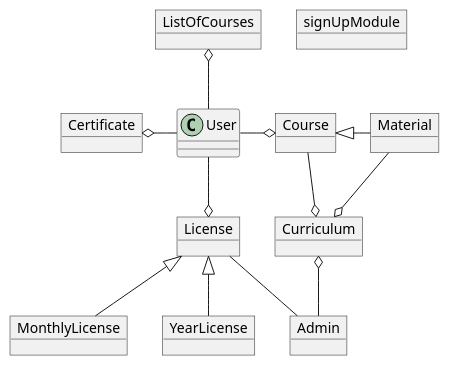
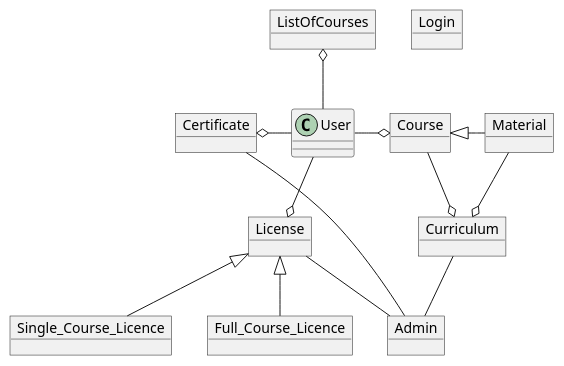
The diagram in src/DomæneModellering.puml (Rene061089/PlatumlDomeaneModdelering), drawn with PlantUML before and after one commit.

Commit message:
Domænemodel-2.0

```diff
--- a/src/DomæneModellering.puml
+++ b/src/DomæneModellering.puml
@@ -1,33 +1,34 @@
 @startuml
 class User{
 }
 
-object signUpModule
+object Login
 object Admin
-object MonthlyLicense
-object YearLicense
+object Single_Course_Licence
+object Full_Course_Licence
 object Course
 object Certificate
 object Material
 object License
 object Curriculum
 object ListOfCourses
 
 
 ListOfCourses o-down-User
 User -down-o License
 User -left-o Certificate
 Course o-left- User
 
 
-License <|-down- MonthlyLicense
-License <|-down-  YearLicense
+License <|-down- Single_Course_Licence
+License <|-down-  Full_Course_Licence
 
 Course <|-right- Material
 
 License -right- Admin
-Curriculum o-down- Admin
+Certificate -right- Admin
+Curriculum -down- Admin
 Material -down-o Curriculum
 Course -down-o Curriculum
 
 @enduml
```
